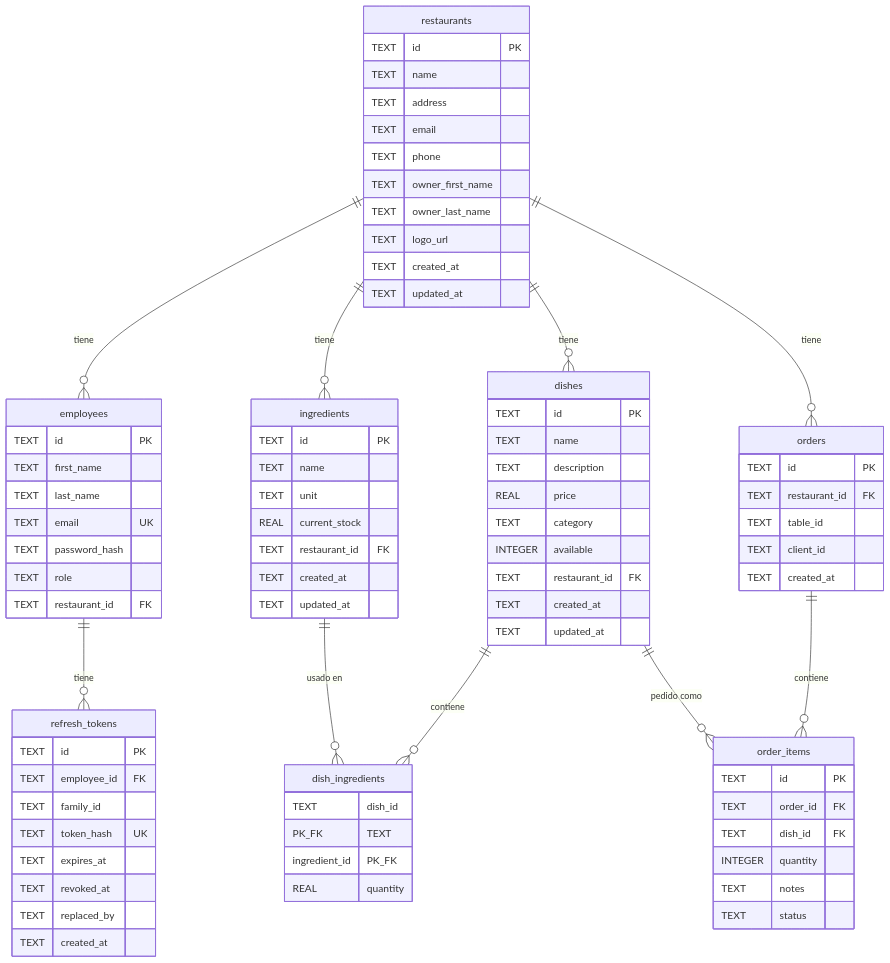
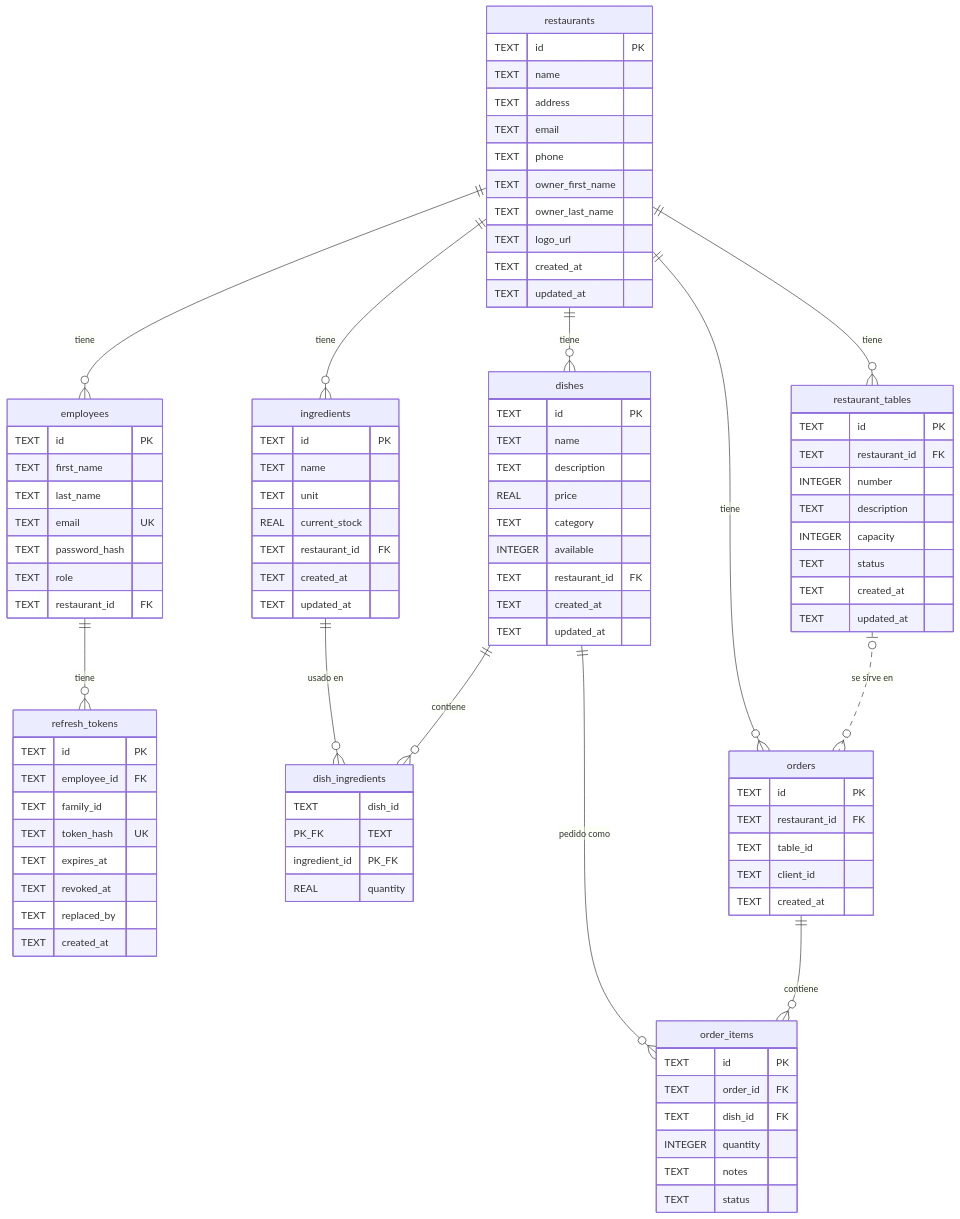
Before and after one commit to Manuroyce24/curso-claude-ed6: the diagram in docs/dominio/modelo-datos.md, drawn with Mermaid. The commit also changed other lines of this file and 5 other files, not shown here.

```diff
--- a/docs/dominio/modelo-datos.md
+++ b/docs/dominio/modelo-datos.md
@@ -12,6 +12,8 @@
     restaurants ||--o{ ingredients : "tiene"
     restaurants ||--o{ dishes : "tiene"
     restaurants ||--o{ orders : "tiene"
+    restaurants ||--o{ restaurant_tables : "tiene"
+    restaurant_tables |o..o{ orders : "se sirve en"
     dishes ||--o{ dish_ingredients : "contiene"
     ingredients ||--o{ dish_ingredients : "usado en"
     orders ||--o{ order_items : "contiene"
@@ -69,6 +71,17 @@
         REAL quantity
     }
 
+    restaurant_tables {
+        TEXT id PK
+        TEXT restaurant_id FK
+        INTEGER number
+        TEXT description
+        INTEGER capacity
+        TEXT status
+        TEXT created_at
+        TEXT updated_at
+    }
+
     orders {
         TEXT id PK
         TEXT restaurant_id FK
```
